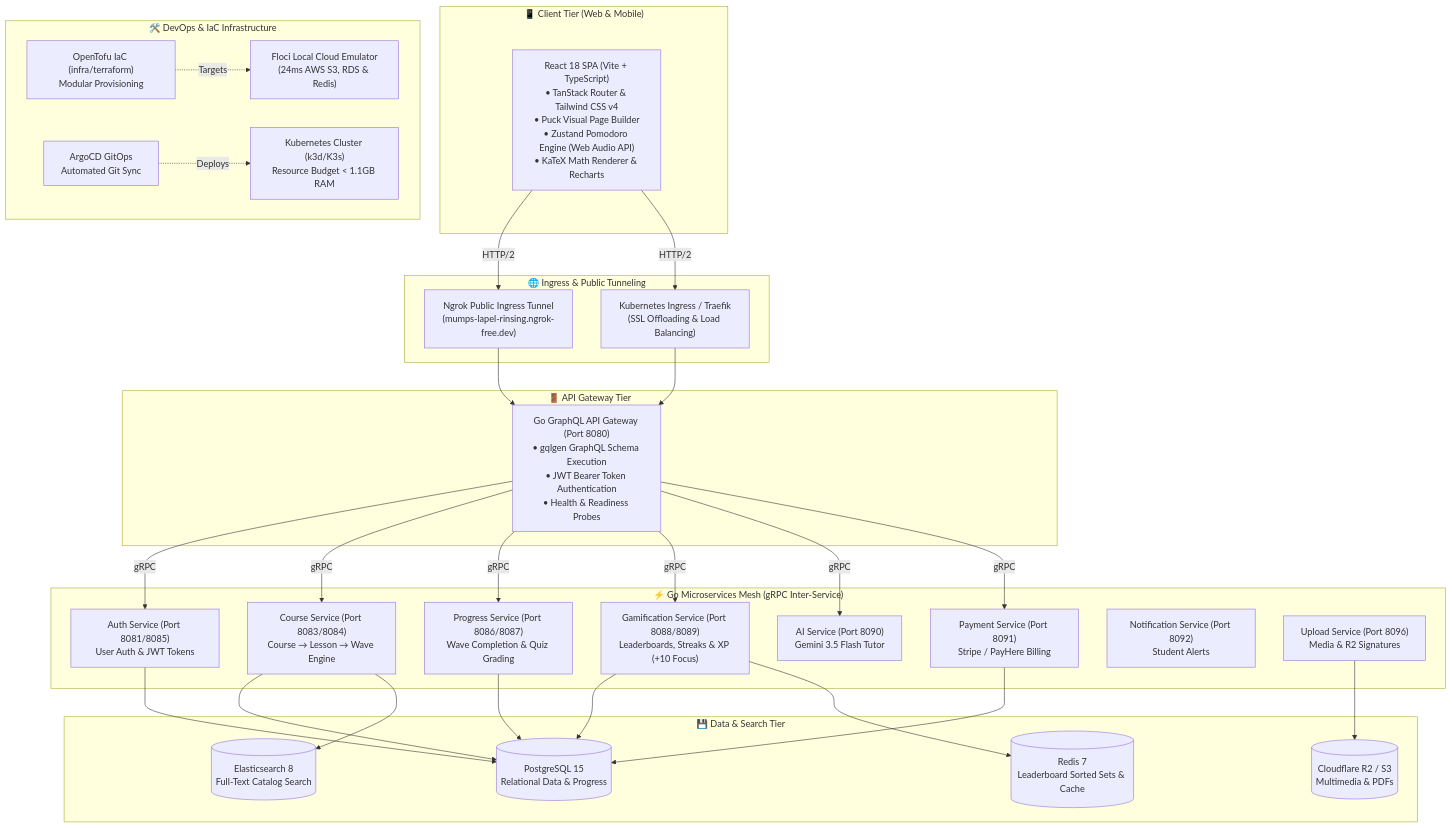
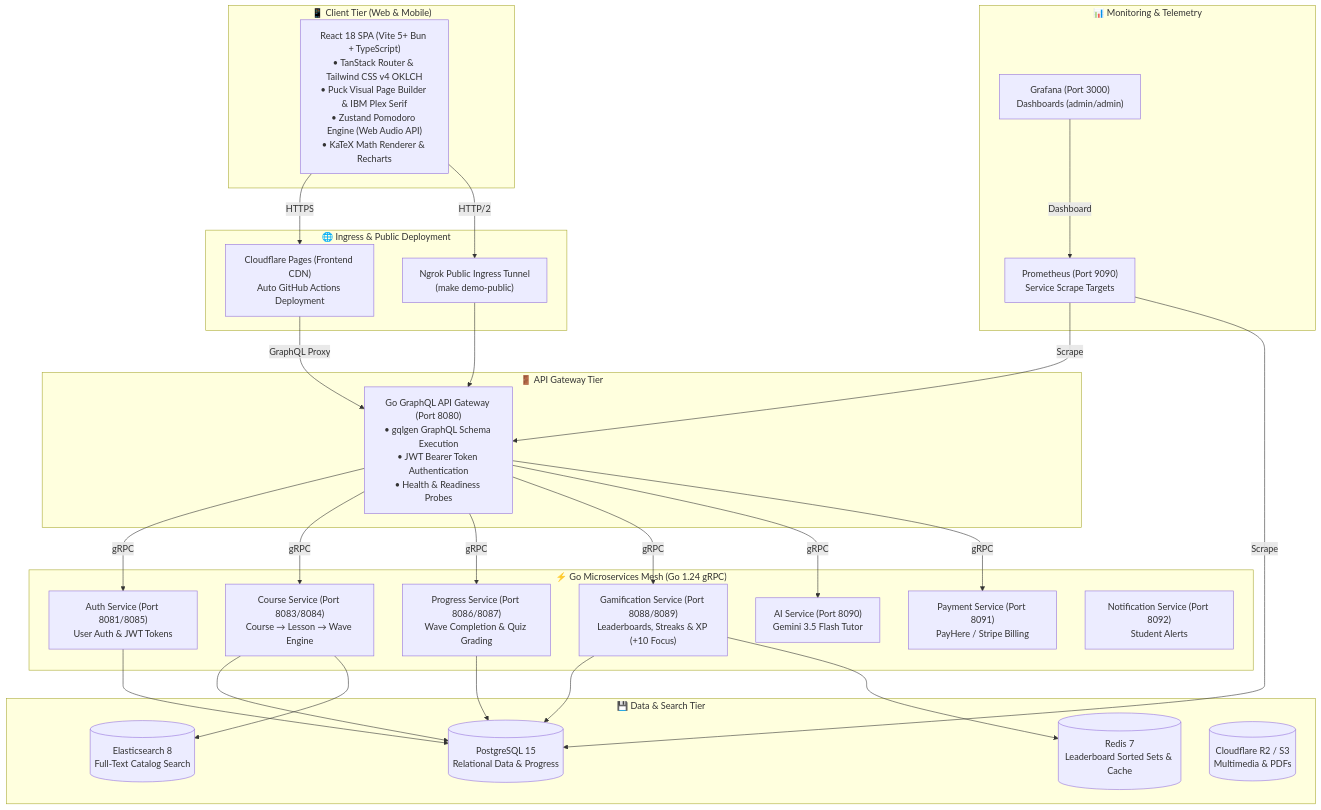
One commit to WarunaUdara/studed-project changed the diagram in README.md. Above: the diagram before and after it, drawn with Mermaid. The commit also changed other lines of this file and 2 other files, not shown here.

Commit message:
docs: update system architecture, technology stack, and agent instructions with multi-hue OKLCH tokens, Go 1.24, and Cloudflare Pages CI/CD

````diff
--- a/README.md
+++ b/README.md
@@ -51,64 +57,60 @@
 ```mermaid
 graph TB
     subgraph Client_Tier ["📱 Client Tier (Web & Mobile)"]
-        ReactApp["React 18 SPA (Vite + TypeScript)<br/>• TanStack Router & Tailwind CSS v4<br/>• Puck Visual Page Builder<br/>• Zustand Pomodoro Engine (Web Audio API)<br/>• KaTeX Math Renderer & Recharts"]
+        ReactApp["React 18 SPA (Vite 5+ Bun + TypeScript)<br/>• TanStack Router & Tailwind CSS v4 OKLCH<br/>• Puck Visual Page Builder & IBM Plex Serif<br/>• Zustand Pomodoro Engine (Web Audio API)<br/>• KaTeX Math Renderer & Recharts"]
     end
 
-    subgraph Ingress_Tier ["🌐 Ingress & Public Tunneling"]
-        Ngrok["Ngrok Public Ingress Tunnel<br/>(mumps-lapel-rinsing.ngrok-free.dev)"]
-        K8sIngress["Kubernetes Ingress / Traefik<br/>(SSL Offloading & Load Balancing)"]
+    subgraph Ingress_Tier ["🌐 Ingress & Public Deployment"]
+        CloudflarePages["Cloudflare Pages (Frontend CDN)<br/>Auto GitHub Actions Deployment"]
+        Ngrok["Ngrok Public Ingress Tunnel<br/>(make demo-public)"]
     end
 
     subgraph Gateway_Tier ["🚪 API Gateway Tier"]
         APIGateway["Go GraphQL API Gateway (Port 8080)<br/>• gqlgen GraphQL Schema Execution<br/>• JWT Bearer Token Authentication<br/>• Health & Readiness Probes"]
     end
 
-    subgraph Service_Tier ["⚡ Go Microservices Mesh (gRPC Inter-Service)"]
+    subgraph Service_Tier ["⚡ Go Microservices Mesh (Go 1.24 gRPC)"]
         AuthSvc["Auth Service (Port 8081/8085)<br/>User Auth & JWT Tokens"]
         CourseSvc["Course Service (Port 8083/8084)<br/>Course → Lesson → Wave Engine"]
         ProgressSvc["Progress Service (Port 8086/8087)<br/>Wave Completion & Quiz Grading"]
         GamifySvc["Gamification Service (Port 8088/8089)<br/>Leaderboards, Streaks & XP (+10 Focus)"]
         AISvc["AI Service (Port 8090)<br/>Gemini 3.5 Flash Tutor"]
-        PaymentSvc["Payment Service (Port 8091)<br/>Stripe / PayHere Billing"]
+        PaymentSvc["Payment Service (Port 8091)<br/>PayHere / Stripe Billing"]
         NotifySvc["Notification Service (Port 8092)<br/>Student Alerts"]
-        UploadSvc["Upload Service (Port 8096)<br/>Media & R2 Signatures"]
+    end
+
+    subgraph Observability_Tier ["📊 Monitoring & Telemetry"]
+        Prometheus["Prometheus (Port 9090)<br/>Service Scrape Targets"]
+        Grafana["Grafana (Port 3000)<br/>Dashboards (admin/admin)"]
     end
 
     subgraph Data_Tier ["💾 Data & Search Tier"]
         PostgresDB[(PostgreSQL 15<br/>Relational Data & Progress)]
         RedisCache[(Redis 7<br/>Leaderboard Sorted Sets & Cache)]
         ElasticSearch[(Elasticsearch 8<br/>Full-Text Catalog Search)]
         Storage[(Cloudflare R2 / S3<br/>Multimedia & PDFs)]
     end
 
-    subgraph Infra_Tier ["🛠️ DevOps & IaC Infrastructure"]
-        Floci["Floci Local Cloud Emulator<br/>(24ms AWS S3, RDS & Redis)"]
-        OpenTofu["OpenTofu IaC (infra/terraform)<br/>Modular Provisioning"]
-        K8sCluster["Kubernetes Cluster (k3d/K3s)<br/>Resource Budget < 1.1GB RAM"]
-        ArgoCD["ArgoCD GitOps<br/>Automated Git Sync"]
-    end
-
+    ReactApp -->|HTTPS| CloudflarePages
     ReactApp -->|HTTP/2| Ngrok
-    ReactApp -->|HTTP/2| K8sIngress
     Ngrok --> APIGateway
-    K8sIngress --> APIGateway
+    CloudflarePages -->|GraphQL Proxy| APIGateway
 
     APIGateway -->|gRPC| AuthSvc
     APIGateway -->|gRPC| CourseSvc
     APIGateway -->|gRPC| ProgressSvc
     APIGateway -->|gRPC| GamifySvc
     APIGateway -->|gRPC| AISvc
     APIGateway -->|gRPC| PaymentSvc
 
     AuthSvc --> PostgresDB
     CourseSvc --> PostgresDB
     CourseSvc --> ElasticSearch
     ProgressSvc --> PostgresDB
     GamifySvc --> PostgresDB
     GamifySvc --> RedisCache
-    PaymentSvc --> PostgresDB
-    UploadSvc --> Storage
 
-    OpenTofu -.->|Targets| Floci
-    ArgoCD -.->|Deploys| K8sCluster
+    Prometheus -->|Scrape| APIGateway
+    Prometheus -->|Scrape| PostgresDB
+    Grafana -->|Dashboard| Prometheus
 ```
````
